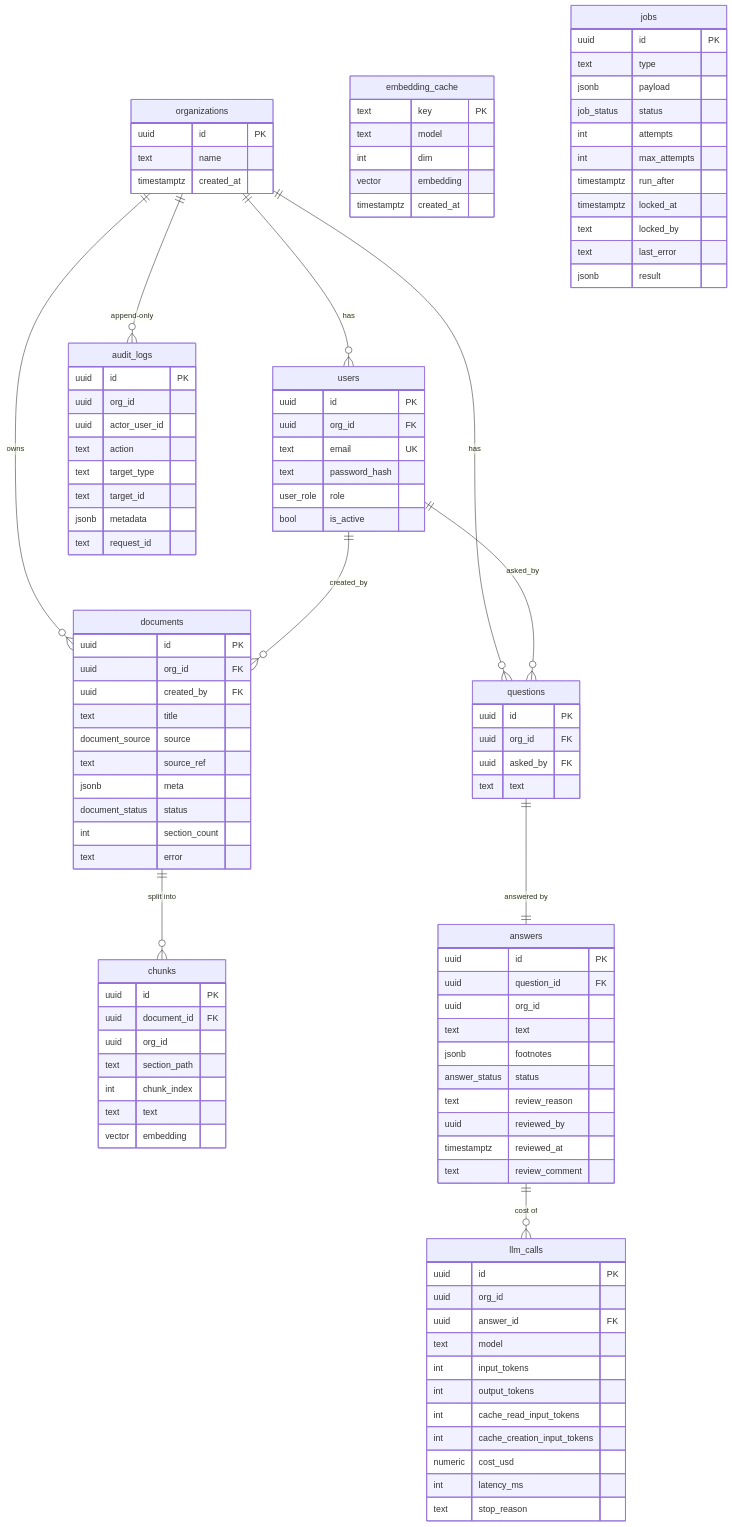
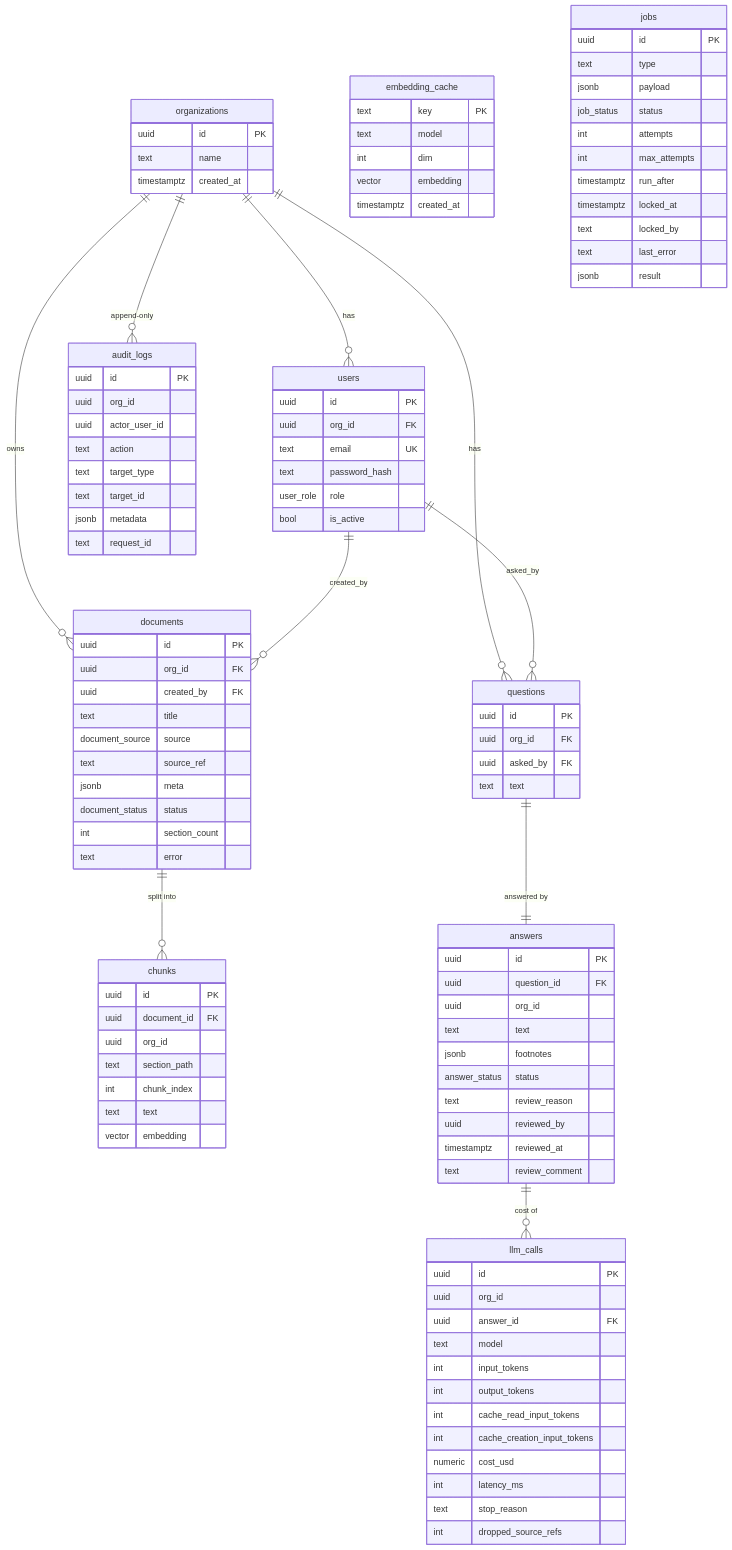
One commit to giwook-dev/footnote-rag changed the second of 5 diagrams in docs/architecture.md. Above: the diagram before and after it, drawn with Mermaid. The commit also changed other lines of this file and 25 other files, not shown here.

````diff
--- a/docs/architecture.md
+++ b/docs/architecture.md
@@ -29,23 +31,23 @@
 ```mermaid
 erDiagram
     organizations ||--o{ users : has
     organizations ||--o{ documents : owns
     users ||--o{ documents : created_by
     documents ||--o{ chunks : "split into"
     organizations ||--o{ questions : has
     users ||--o{ questions : asked_by
     questions ||--|| answers : "answered by"
     answers ||--o{ llm_calls : "cost of"
     organizations ||--o{ audit_logs : "append-only"
 
     organizations { uuid id PK  text name  timestamptz created_at }
     users { uuid id PK  uuid org_id FK  text email UK  text password_hash  user_role role  bool is_active }
     documents { uuid id PK  uuid org_id FK  uuid created_by FK  text title  document_source source  text source_ref  jsonb meta  document_status status  int section_count  text error }
     chunks { uuid id PK  uuid document_id FK  uuid org_id  text section_path  int chunk_index  text text  vector embedding }
     embedding_cache { text key PK  text model  int dim  vector embedding  timestamptz created_at }
     jobs { uuid id PK  text type  jsonb payload  job_status status  int attempts  int max_attempts  timestamptz run_after  timestamptz locked_at  text locked_by  text last_error  jsonb result }
     questions { uuid id PK  uuid org_id FK  uuid asked_by FK  text text }
     answers { uuid id PK  uuid question_id FK  uuid org_id  text text  jsonb footnotes  answer_status status  text review_reason  uuid reviewed_by  timestamptz reviewed_at  text review_comment }
-    llm_calls { uuid id PK  uuid org_id  uuid answer_id FK  text model  int input_tokens  int output_tokens  int cache_read_input_tokens  int cache_creation_input_tokens  numeric cost_usd  int latency_ms  text stop_reason }
+    llm_calls { uuid id PK  uuid org_id  uuid answer_id FK  text model  int input_tokens  int output_tokens  int cache_read_input_tokens  int cache_creation_input_tokens  numeric cost_usd  int latency_ms  text stop_reason  int dropped_source_refs }
     audit_logs { uuid id PK  uuid org_id  uuid actor_user_id  text action  text target_type  text target_id  jsonb metadata  text request_id }
 ```
````
